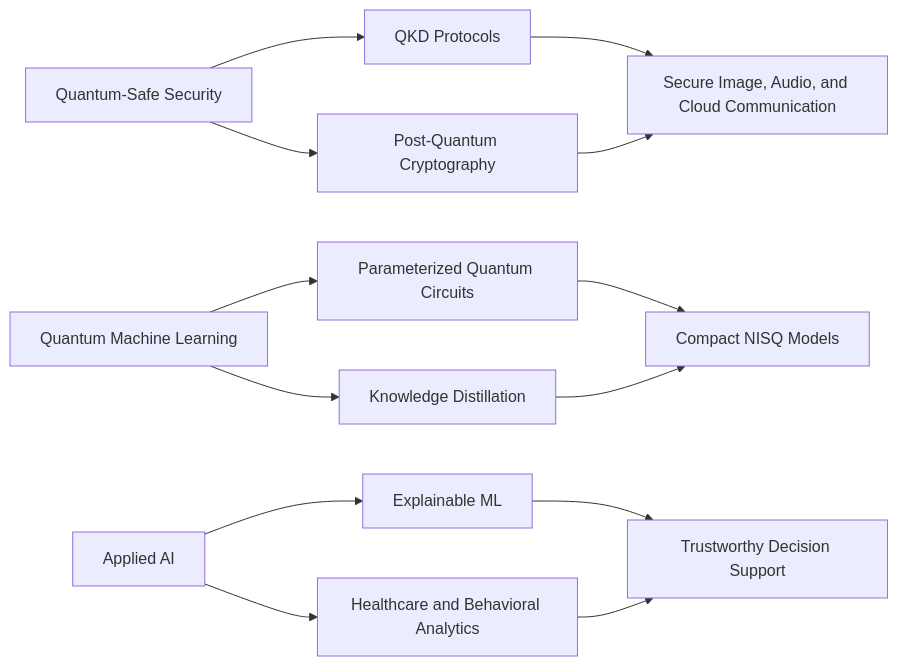
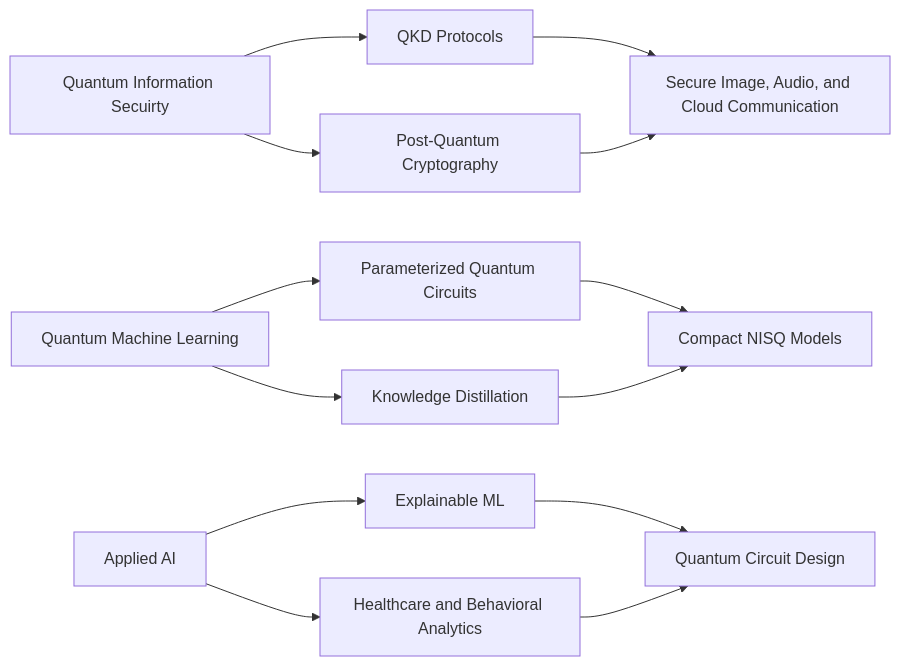
The first of 2 diagrams in README.md (shawmoonazad/shawmoonazad), drawn with Mermaid before and after one commit.

Commit message:
research map section update

````diff
--- a/README.md
+++ b/README.md
@@ -47,15 +47,15 @@
 ```mermaid
 flowchart LR
-    A["Quantum-Safe Security"] --> B["QKD Protocols"]
+    A["Quantum Information Secuirty"] --> B["QKD Protocols"]
     A --> C["Post-Quantum Cryptography"]
     B --> D["Secure Image, Audio, and Cloud Communication"]
     C --> D
     E["Quantum Machine Learning"] --> F["Parameterized Quantum Circuits"]
     E --> G["Knowledge Distillation"]
     F --> H["Compact NISQ Models"]
     G --> H
     I["Applied AI"] --> J["Explainable ML"]
     I --> K["Healthcare and Behavioral Analytics"]
-    J --> L["Trustworthy Decision Support"]
+    J --> L["Quantum Circuit Design"]
     K --> L
 ```
````
